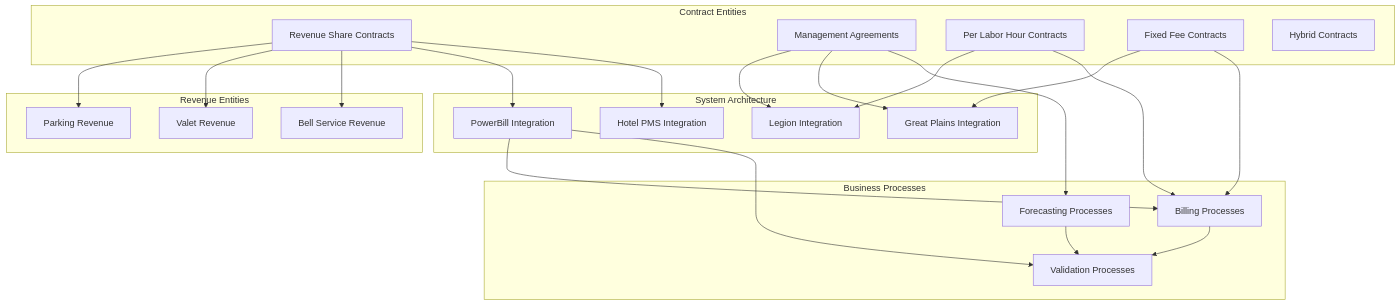
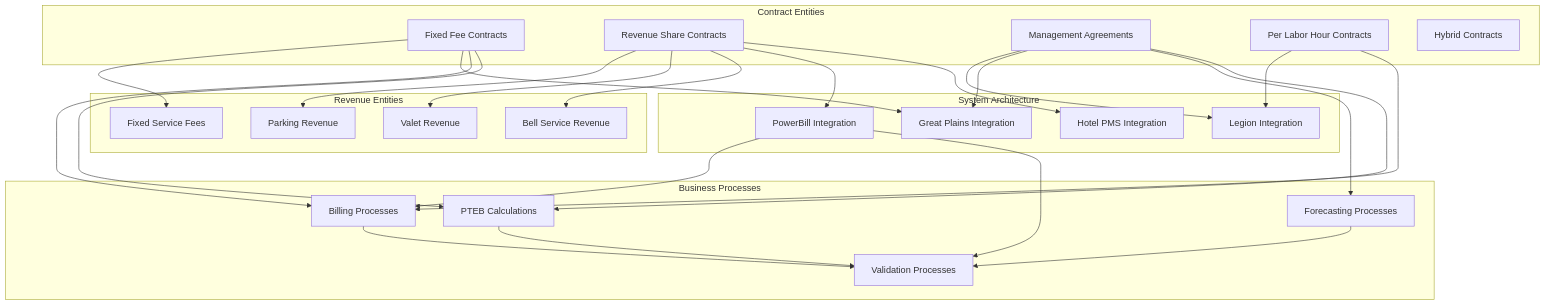
The diagram in docs/index.md (jonathan-aulson/Data_Product_TownePark), drawn with Mermaid before and after one commit. The commit also changed other lines of this file and 428 other files, not shown here.

````diff
--- a/docs/index.md
+++ b/docs/index.md
@@ -160,51 +166,57 @@
 ```mermaid
 graph TB
     subgraph "Contract Entities"
+        FF[Fixed Fee Contracts]
         RS[Revenue Share Contracts]
-        MA[Management Agreements]  
+        MA[Management Agreements]
         PLH[Per Labor Hour Contracts]
-        FF[Fixed Fee Contracts]
         HC[Hybrid Contracts]
     end
     
     subgraph "Revenue Entities"
         PR[Parking Revenue]
         VR[Valet Revenue]
         BR[Bell Service Revenue]
+        FS[Fixed Service Fees]
     end
     
     subgraph "System Architecture"
         PB[PowerBill Integration]
         LG[Legion Integration]
         GP[Great Plains Integration]
         PMS[Hotel PMS Integration]
     end
     
     subgraph "Business Processes"
         BP[Billing Processes]
         FP[Forecasting Processes]
         VP[Validation Processes]
+        PTEB[PTEB Calculations]
     end
+    
+    FF --> FS
+    FF --> GP
+    FF --> BP
+    FF --> PTEB
     
     RS --> PR
     RS --> VR
     RS --> BR
     RS --> PB
     RS --> PMS
     
     MA --> LG
     MA --> GP
     MA --> FP
+    MA --> PTEB
     
     PLH --> LG
     PLH --> BP
-    
-    FF --> GP
-    FF --> BP
     
     PB --> BP
     PB --> VP
     
     BP --> VP
     FP --> VP
+    PTEB --> VP
 ```
````
